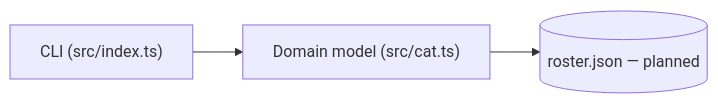
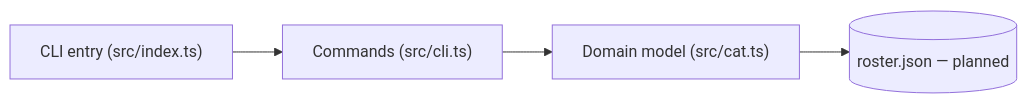
The first of 2 diagrams in docs/architecture.md (cwhiterite/cat-roster), drawn with Mermaid before and after one commit. The commit also changed other lines of this file and 3 other files, not shown here.

````diff
--- a/docs/architecture.md
+++ b/docs/architecture.md
@@ -16,5 +17,6 @@
 ```mermaid
 flowchart LR
-    CLI["CLI (src/index.ts)"] --> DOM["Domain model (src/cat.ts)"]
+    CLI["CLI entry (src/index.ts)"] --> CMD["Commands (src/cli.ts)"]
+    CMD --> DOM["Domain model (src/cat.ts)"]
     DOM --> FILE[("roster.json — planned")]
 ```
````
